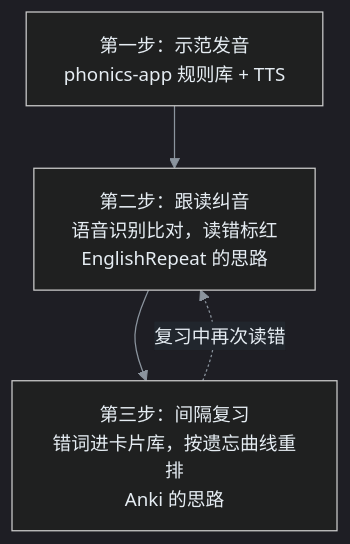
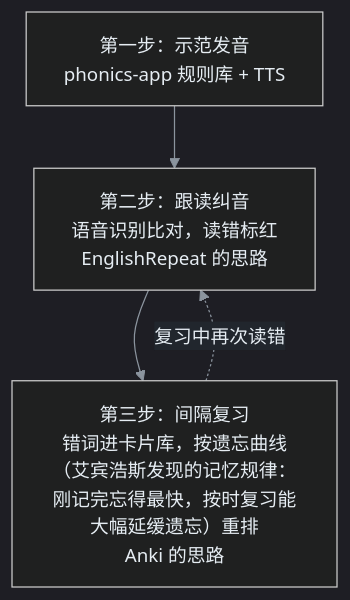
The second of 2 diagrams in drafts/2026年9月24日-小朋友英语音标GitHub调研.md (yeyangchen2009/draft-review), drawn with Mermaid before and after one commit. The commit also changed other lines of this file and 1 other file, not shown here.

````diff
--- a/drafts/2026年9月24日-小朋友英语音标GitHub调研.md
+++ b/drafts/2026年9月24日-小朋友英语音标GitHub调研.md
@@ -171,7 +173,7 @@
 ```mermaid
 %%{init: {'theme':'dark','themeVariables':{'background':'#0d1117','primaryColor':'#1f6feb','primaryTextColor':'#ffffff','primaryBorderColor':'#79c0ff','secondaryColor':'#21262d','tertiaryColor':'#30363d','lineColor':'#8b949e','textColor':'#e6edf3','clusterBkg':'#161b22','clusterBorder':'#58a6ff','edgeLabelBackground':'#21262d','fontSize':'15px'}}}%%
 flowchart TD
     A["第一步：示范发音<br/>phonics-app 规则库 + TTS"] --> B["第二步：跟读纠音<br/>语音识别比对，读错标红<br/>EnglishRepeat 的思路"]
-    B --> C["第三步：间隔复习<br/>错词进卡片库，按遗忘曲线重排<br/>Anki 的思路"]
+    B --> C["第三步：间隔复习<br/>错词进卡片库，按遗忘曲线（艾宾浩斯发现的记忆规律：刚记完忘得最快，按时复习能大幅延缓遗忘）重排<br/>Anki 的思路"]
     C -. "复习中再次读错" .-> B
 ```
````
